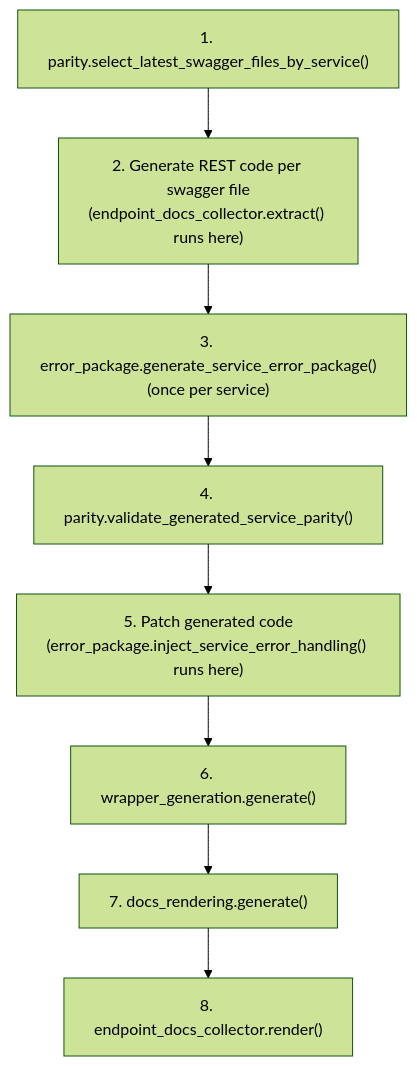
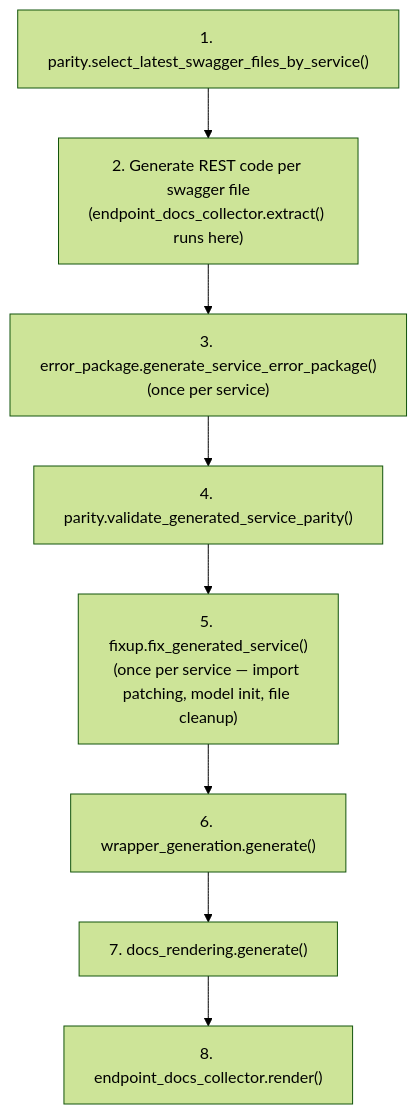
Before and after one commit to alexdearaujo/community_sdk_python: the diagram in scripts/generation/README.md, drawn with Mermaid (forest theme). The commit also changed other lines of this file and 9 other files, not shown here.

````diff
--- a/scripts/generation/README.md
+++ b/scripts/generation/README.md
@@ -29,11 +30,11 @@
 ```mermaid
 flowchart TD
     A["1. parity.select_latest_swagger_files_by_service()"] --> B["2. Generate REST code per swagger file<br/>(endpoint_docs_collector.extract() runs here)"]
     B --> C["3. error_package.generate_service_error_package()<br/>(once per service)"]
     C --> D["4. parity.validate_generated_service_parity()"]
-    D --> E["5. Patch generated code<br/>(error_package.inject_service_error_handling() runs here)"]
+    D --> E["5. fixup.fix_generated_service()<br/>(once per service — import patching, model init, file cleanup)"]
     E --> F["6. wrapper_generation.generate()"]
     F --> G["7. docs_rendering.generate()"]
     G --> H["8. endpoint_docs_collector.render()"]
 
 ```
````
